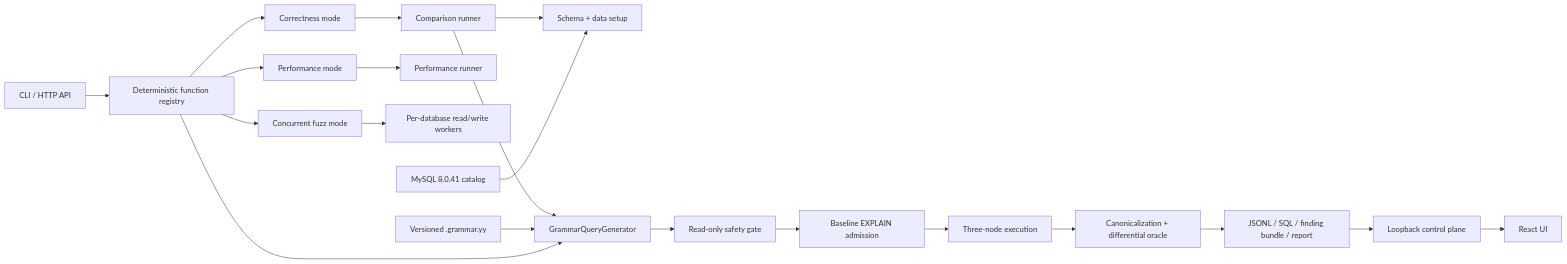
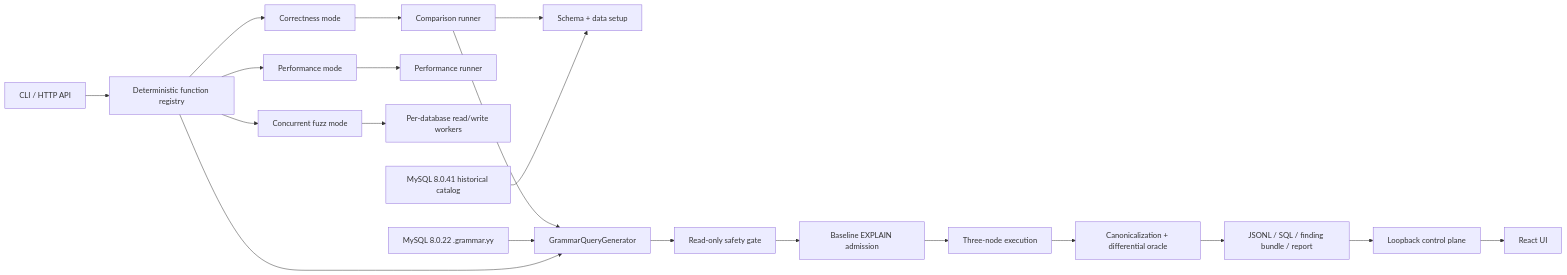
One commit to Sakura0001/select_fuzz changed the diagram in docs/project-structure.md. Above: the diagram before and after it, drawn with Mermaid. The commit also changed other lines of this file and 11 other files, not shown here.

Commit message:
feat: target MySQL 8.0.22 grammar

````diff
--- a/docs/project-structure.md
+++ b/docs/project-structure.md
@@ -9,22 +9,22 @@
 ```mermaid
 flowchart LR
     CLI["CLI / HTTP API"] --> Registry["Mode registry"]
     Registry --> Correctness["Correctness mode"]
     Registry --> Performance["Performance mode"]
     Registry --> Fuzz["Concurrent fuzz mode"]
     Correctness --> Runner["Comparison runner"]
     Performance --> PerfRunner["Performance runner"]
     Fuzz --> FuzzRunner["Per-database read/write workers"]
     Runner --> Schema["Schema + data setup"]
     Runner --> Grammar["GrammarQueryGenerator"]
-    Catalog["MySQL 8.0.41 catalog"] --> Schema
-    GrammarFile["Versioned .grammar.yy"] --> Grammar
+    Catalog["MySQL 8.0.41 historical catalog"] --> Schema
+    GrammarFile["MySQL 8.0.22 .grammar.yy"] --> Grammar
     Registry["Deterministic function registry"] --> Grammar
     Grammar --> Safety["Read-only safety gate"]
     Safety --> Explain["Baseline EXPLAIN admission"]
     Explain --> Triad["Three-node execution"]
     Triad --> Oracle["Canonicalization + differential oracle"]
     Oracle --> Artifacts["JSONL / SQL / finding bundle / report"]
     Artifacts --> API["Loopback control plane"]
     API --> UI["React UI"]
 ```
````
